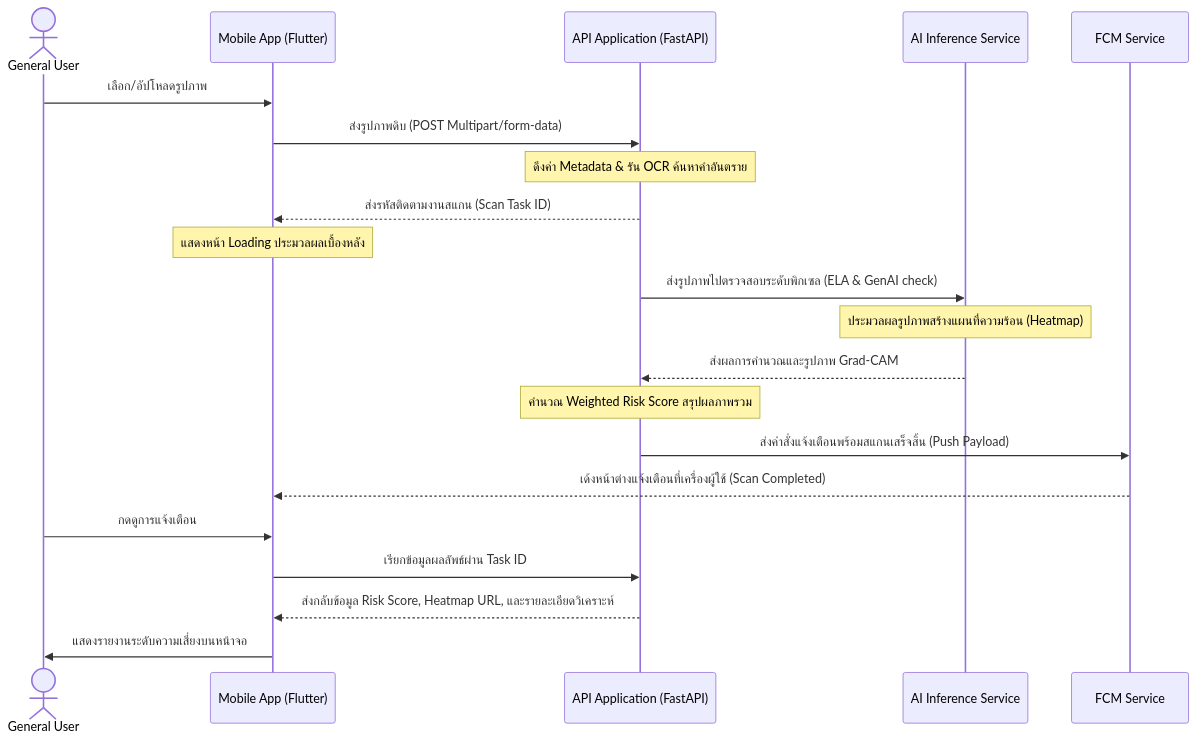
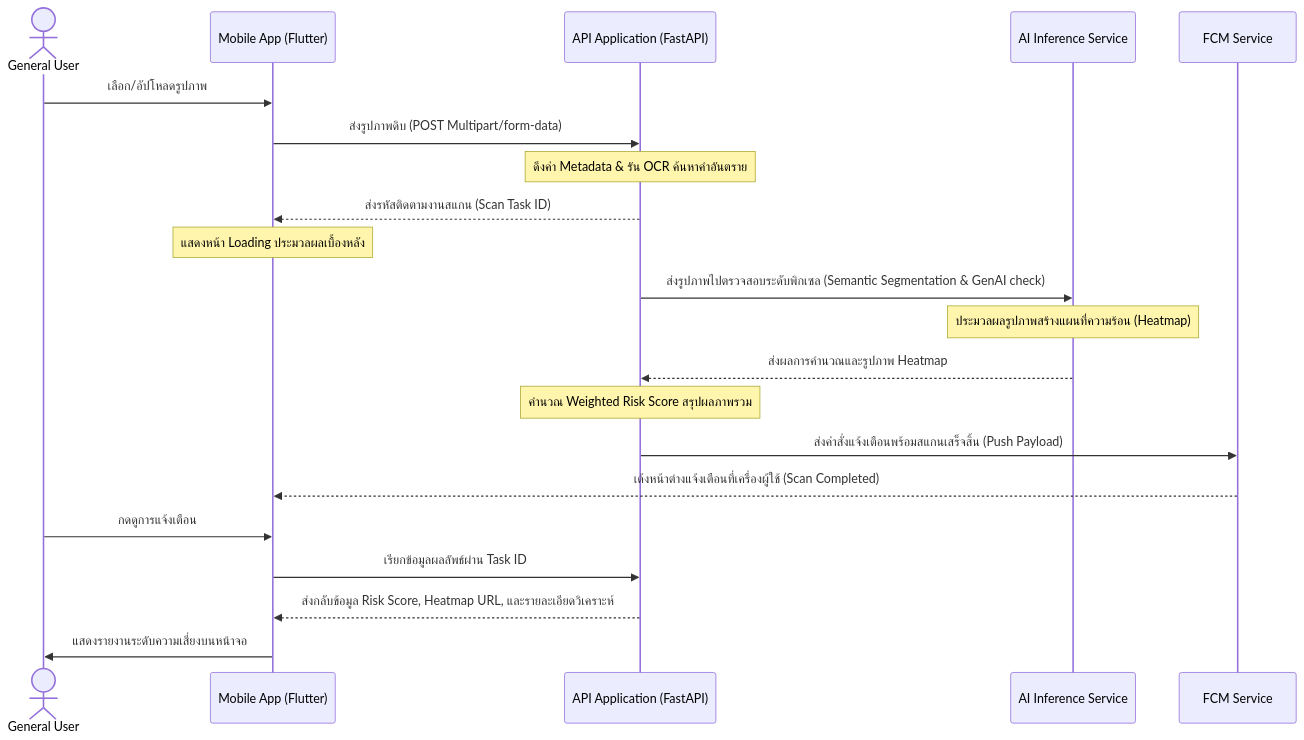
The third of 3 diagrams in wiki/architecture/design-overview.md (Panuwat-ta/project), drawn with Mermaid before and after one commit. The commit also changed other lines of this file and 61 other files, not shown here.

Commit message:
refactor: update documentation terminology by replacing ELA and outdated model metrics with semantic segmentation standards across project wiki and web docs

````diff
--- a/wiki/architecture/design-overview.md
+++ b/wiki/architecture/design-overview.md
@@ -141,27 +141,27 @@
 ```mermaid
 sequenceDiagram
     actor User as General User
     participant App as Mobile App (Flutter)
     participant API as API Application (FastAPI)
     participant AI as AI Inference Service
     participant Push as FCM Service
 
     User->>App: เลือก/อัปโหลดรูปภาพ
     App->>API: ส่งรูปภาพดิบ (POST Multipart/form-data)
     Note over API: ดึงค่า Metadata & รัน OCR ค้นหาคำอันตราย
     API-->>App: ส่งรหัสติดตามงานสแกน (Scan Task ID)
     Note over App: แสดงหน้า Loading ประมวลผลเบื้องหลัง
     
-    API->>AI: ส่งรูปภาพไปตรวจสอบระดับพิกเซล (ELA & GenAI check)
+    API->>AI: ส่งรูปภาพไปตรวจสอบระดับพิกเซล (Semantic Segmentation & GenAI check)
     Note over AI: ประมวลผลรูปภาพสร้างแผนที่ความร้อน (Heatmap)
-    AI-->>API: ส่งผลการคำนวณและรูปภาพ Grad-CAM
+    AI-->>API: ส่งผลการคำนวณและรูปภาพ Heatmap
     
     Note over API: คำนวณ Weighted Risk Score สรุปผลภาพรวม
     API->>Push: ส่งคำสั่งแจ้งเตือนพร้อมสแกนเสร็จสิ้น (Push Payload)
     Push-->>App: เด้งหน้าต่างแจ้งเตือนที่เครื่องผู้ใช้ (Scan Completed)
     
     User->>App: กดดูการแจ้งเตือน
     App->>API: เรียกข้อมูลผลลัพธ์ผ่าน Task ID
     API-->>App: ส่งกลับข้อมูล Risk Score, Heatmap URL, และรายละเอียดวิเคราะห์
     App->>User: แสดงรายงานระดับความเสี่ยงบนหน้าจอ
 ```
````
